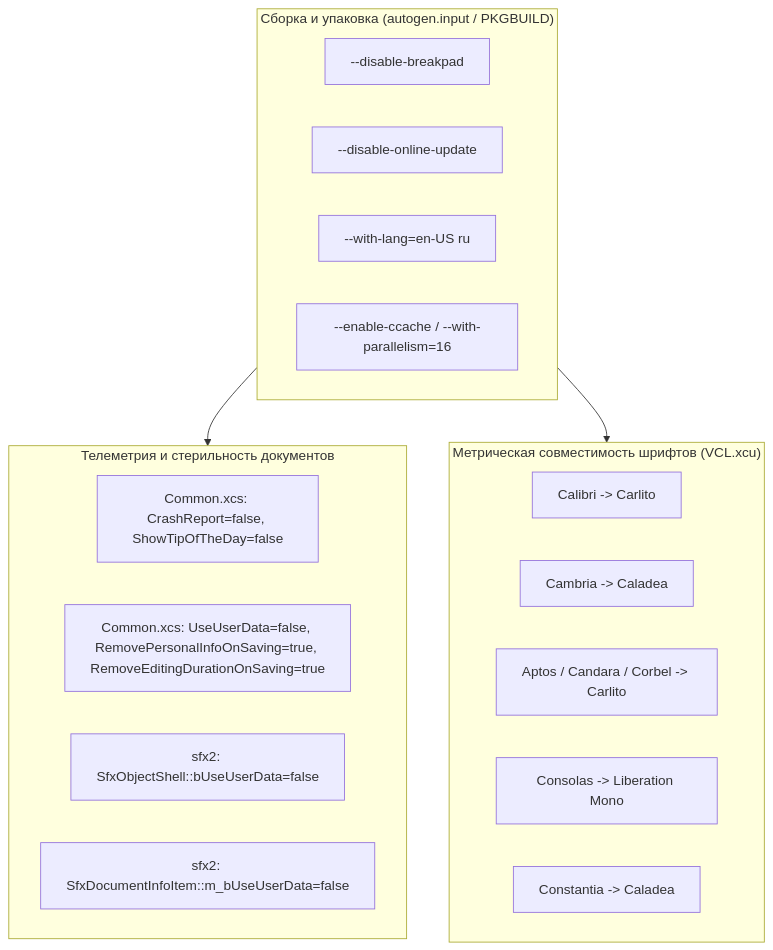
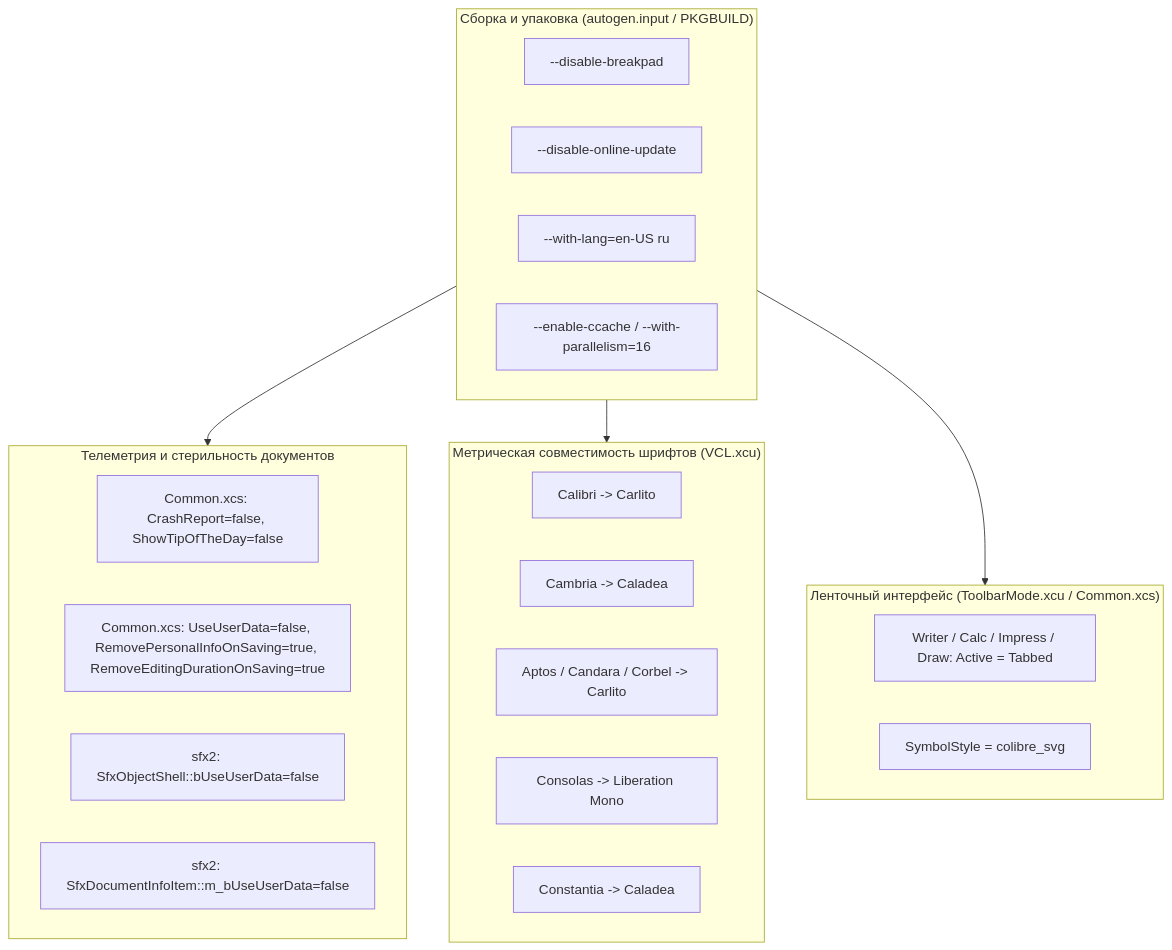
One commit to Utkautka1/libreoffice-mscompat_-fork- changed the diagram in docs/UML.md. Above: the diagram before and after it, drawn with Mermaid. The commit also changed 2 other files, not shown here.

Commit message:
feat(ui): enable Ribbon (Tabbed) UI and colibre_svg icons by default

````diff
--- a/docs/UML.md
+++ b/docs/UML.md
@@ -5,27 +5,33 @@
 ```mermaid
 flowchart TD
     subgraph Build["Сборка и упаковка (autogen.input / PKGBUILD)"]
         A1["--disable-breakpad"]
         A2["--disable-online-update"]
         A3["--with-lang=en-US ru"]
         A4["--enable-ccache / --with-parallelism=16"]
     end
 
     subgraph Privacy["Телеметрия и стерильность документов"]
         P1["Common.xcs: CrashReport=false, ShowTipOfTheDay=false"]
         P2["Common.xcs: UseUserData=false, RemovePersonalInfoOnSaving=true, RemoveEditingDurationOnSaving=true"]
         P3["sfx2: SfxObjectShell::bUseUserData=false"]
         P4["sfx2: SfxDocumentInfoItem::m_bUseUserData=false"]
     end
 
     subgraph Fonts["Метрическая совместимость шрифтов (VCL.xcu)"]
         F1["Calibri -> Carlito"]
         F2["Cambria -> Caladea"]
         F3["Aptos / Candara / Corbel -> Carlito"]
         F4["Consolas -> Liberation Mono"]
         F5["Constantia -> Caladea"]
     end
 
+    subgraph UI["Ленточный интерфейс (ToolbarMode.xcu / Common.xcs)"]
+        U1["Writer / Calc / Impress / Draw: Active = Tabbed"]
+        U2["SymbolStyle = colibre_svg"]
+    end
+
     Build --> Privacy
     Build --> Fonts
+    Build --> UI
 ```
````
